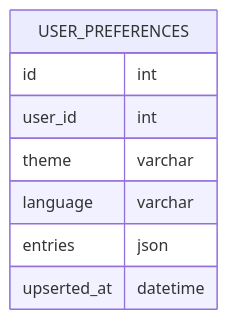
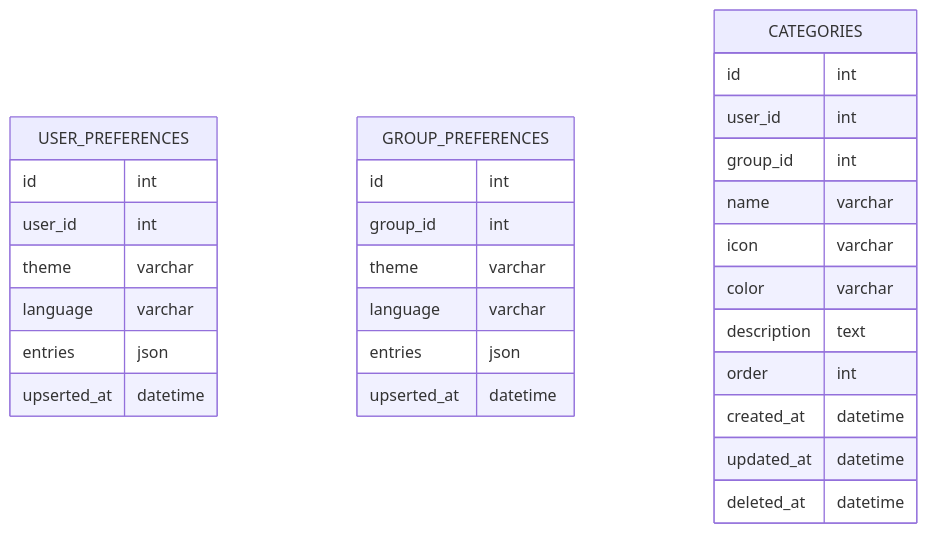
Before and after one commit to prulloac/fineasy: the fifth of 6 diagrams in docs/SCHEMA.md, drawn with Mermaid. The commit also changed 20 other files, not shown here.

````diff
--- a/docs/SCHEMA.md
+++ b/docs/SCHEMA.md
@@ -249,13 +239,36 @@
 ```mermaid
 
 erDiagram
     USER_PREFERENCES {
         id int
         user_id int
         theme varchar
         language varchar
         entries json
         upserted_at datetime
     }
 
+    GROUP_PREFERENCES {
+        id int
+        group_id int
+        theme varchar
+        language varchar
+        entries json
+        upserted_at datetime
+    }
+
+    CATEGORIES {
+        id int
+        user_id int
+        group_id int
+        name varchar
+        icon varchar
+        color varchar
+        description text
+        order int
+        created_at datetime
+        updated_at datetime
+        deleted_at datetime
+    }
+
 ```
````
